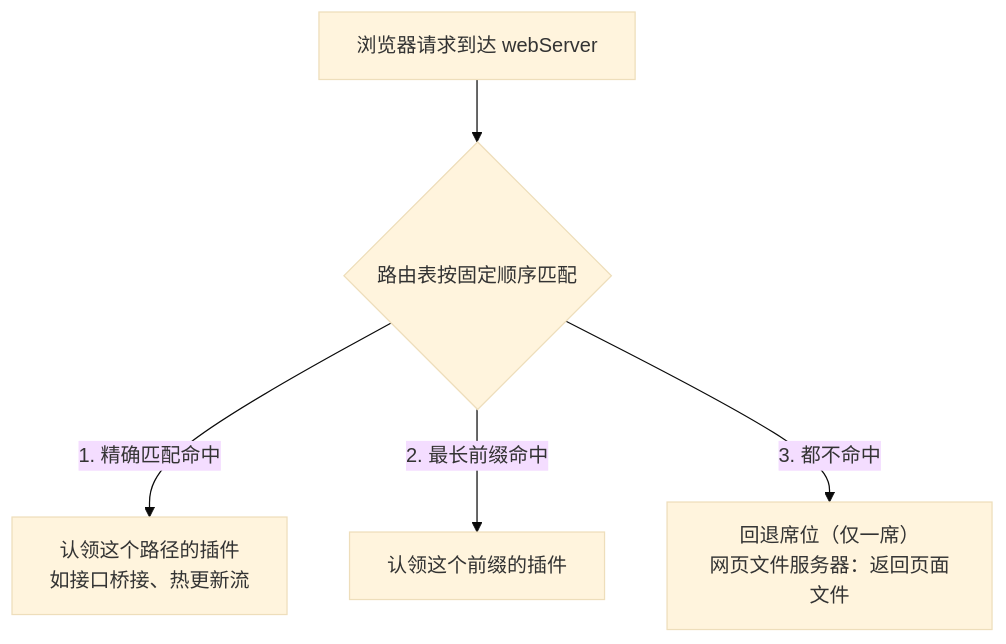
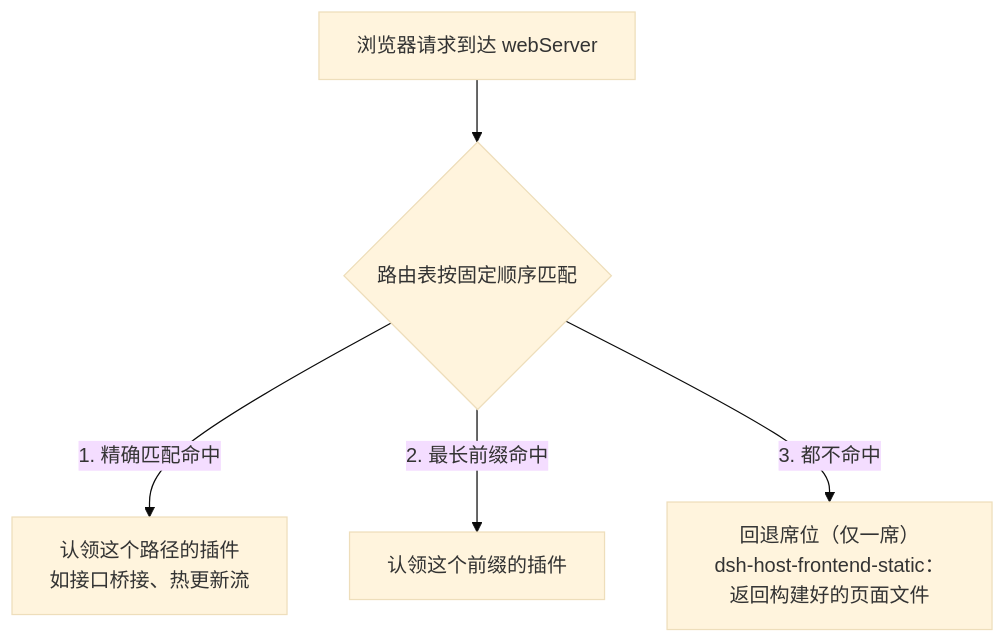
The first of 3 diagrams in dsh 插件开发学习/04-注册 HTTP 路由与注入页面样式.md (anthonyzhao-4926/blog), drawn with Mermaid (base theme) before and after one commit. The commit also changed other lines of this file, not shown here.

````diff
--- a/dsh 插件开发学习/04-注册 HTTP 路由与注入页面样式.md
+++ b/dsh 插件开发学习/04-注册 HTTP 路由与注入页面样式.md
@@ -40,7 +34,7 @@
 ```mermaid
 flowchart TD
     B["浏览器请求到达 webServer"] --> Q{"路由表按固定顺序匹配"}
     Q -->|"1. 精确匹配命中"| H1["认领这个路径的插件<br/>如接口桥接、热更新流"]
     Q -->|"2. 最长前缀命中"| H2["认领这个前缀的插件"]
-    Q -->|"3. 都不命中"| H3["回退席位（仅一席）<br/>网页文件服务器：返回页面文件"]
+    Q -->|"3. 都不命中"| H3["回退席位（仅一席）<br/>dsh-host-frontend-static：返回构建好的页面文件"]
 ```
````
